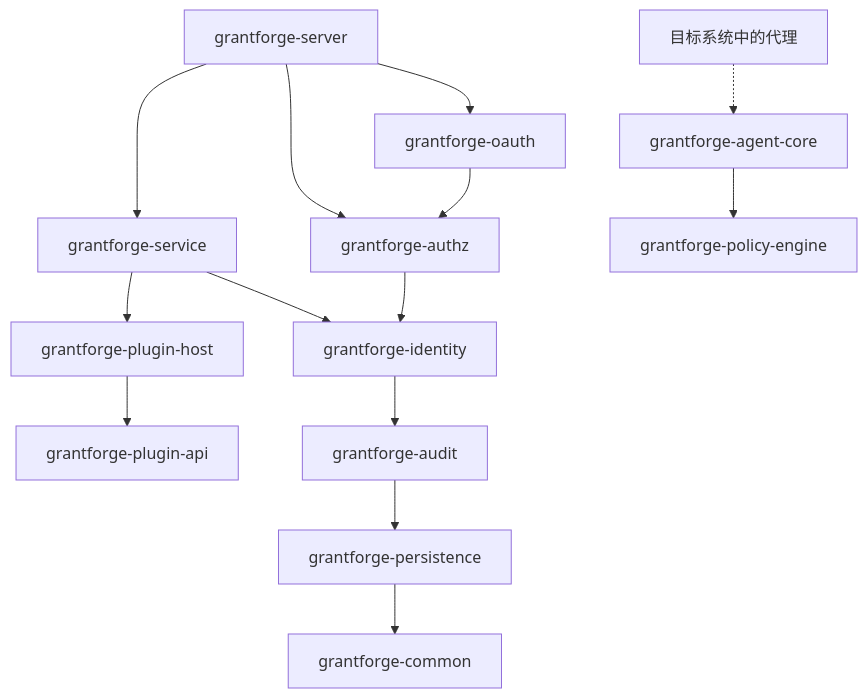
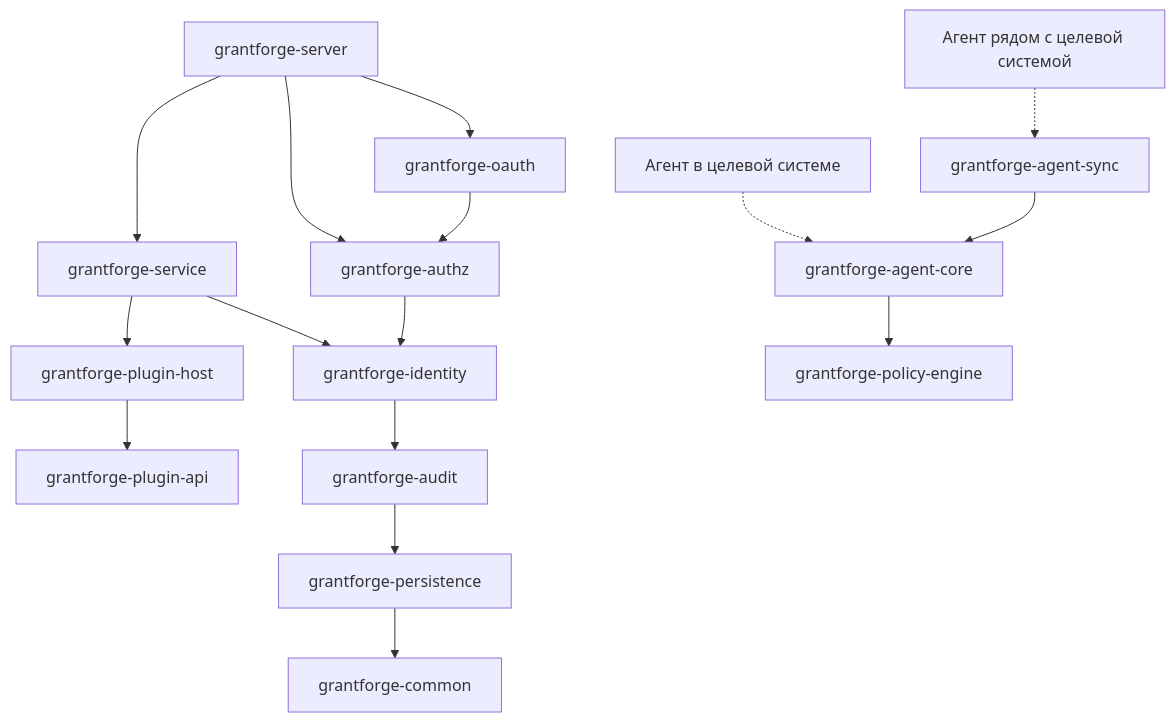
Before and after one commit to devlive-community/grantforge: the first of 2 diagrams in docs/content/ru/architecture/overview.md, drawn with Mermaid. The commit also changed other lines of this file and 21 other files, not shown here.

First line of the commit message:
docs(agent-sync): document the shared core of agents beside a system

````diff
--- a/docs/content/ru/architecture/overview.md
+++ b/docs/content/ru/architecture/overview.md
@@ -18,16 +18,18 @@
 ```mermaid
 flowchart TB
   server[grantforge-server] --> oauth[grantforge-oauth]
   server --> service[grantforge-service]
   server --> authz[grantforge-authz]
   oauth --> authz
   service --> host[grantforge-plugin-host]
   service --> identity
   host --> api[grantforge-plugin-api]
   authz --> identity[grantforge-identity]
   identity --> audit[grantforge-audit]
   audit --> persistence[grantforge-persistence]
   persistence --> common[grantforge-common]
-  agent[目标系统中的代理] -.-> agentcore[grantforge-agent-core]
+  agent[Агент в целевой системе] -.-> agentcore[grantforge-agent-core]
+  syncagent[Агент рядом с целевой системой] -.-> agentsync[grantforge-agent-sync]
+  agentsync --> agentcore
   agentcore --> engine[grantforge-policy-engine]
 ```
````
